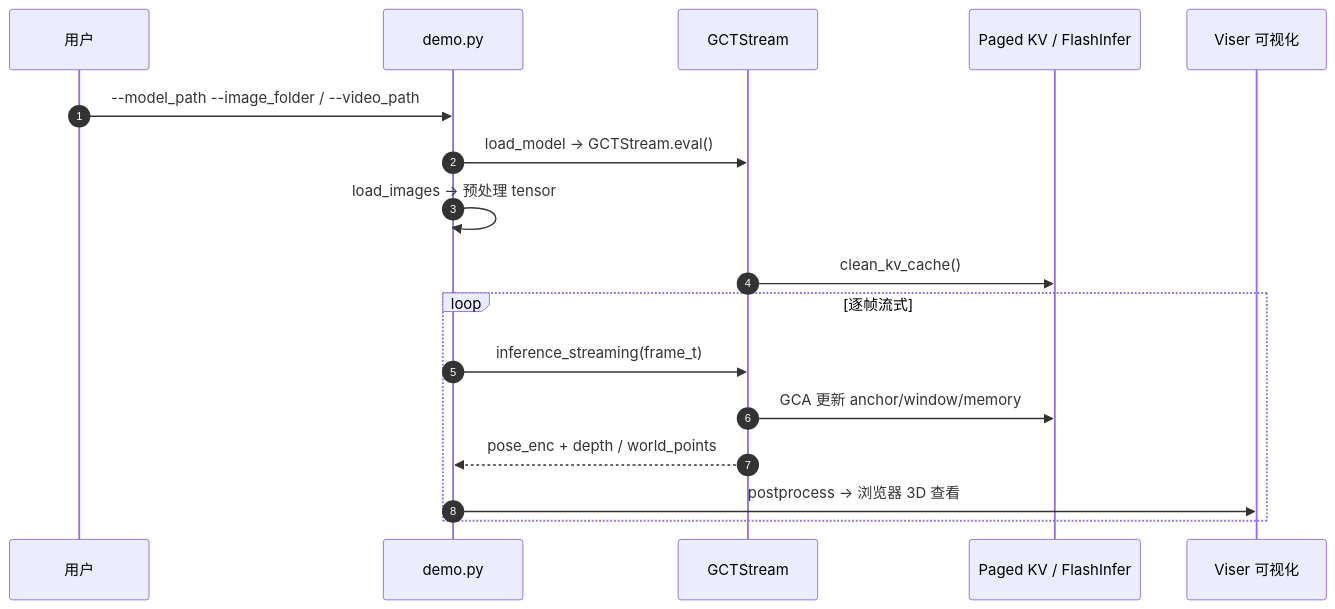
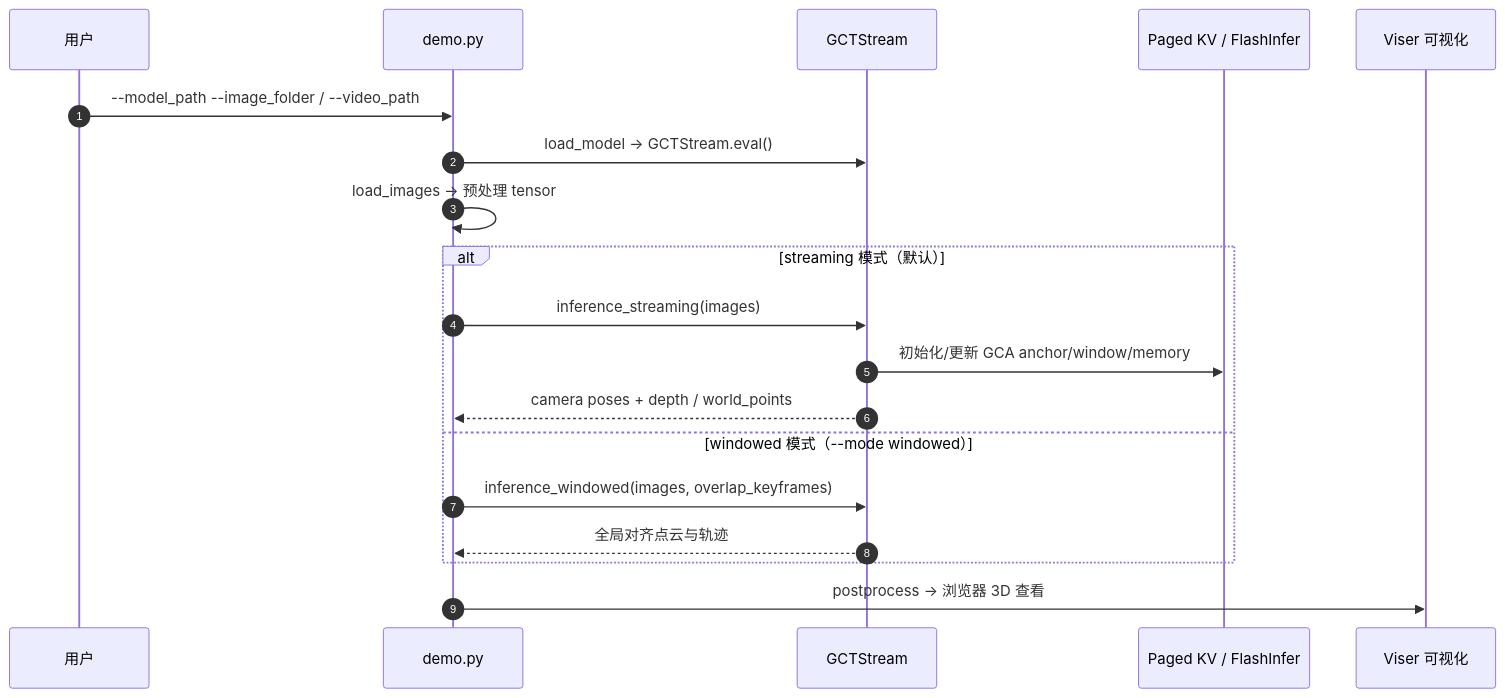
Before and after one commit to ImChong/Robotics_Notebooks: the second of 2 diagrams in wiki/entities/paper-lingbot-map.md, drawn with Mermaid. The commit also changed other lines of this file and 450 other files, not shown here.

Commit message:
[2026-11-22] ingest | sources/ & wiki/ — 补齐 33 家公司路线 165/167 节点一手原文通读、骨架与 Mermaid 图表至 3/3

````diff
--- a/wiki/entities/paper-lingbot-map.md
+++ b/wiki/entities/paper-lingbot-map.md
@@ -111,20 +116,22 @@
 ```mermaid
 sequenceDiagram
   autonumber
   participant U as 用户
   participant D as demo.py
   participant M as GCTStream
   participant KV as Paged KV / FlashInfer
   participant V as Viser 可视化
 
   U->>D: --model_path --image_folder / --video_path
   D->>M: load_model → GCTStream.eval()
   D->>D: load_images → 预处理 tensor
-  M->>KV: clean_kv_cache()
-  loop 逐帧流式
-    D->>M: inference_streaming(frame_t)
-    M->>KV: GCA 更新 anchor/window/memory
-    M-->>D: pose_enc + depth / world_points
-    D->>V: postprocess → 浏览器 3D 查看
+  alt streaming 模式（默认）
+    D->>M: inference_streaming(images)
+    M->>KV: 初始化/更新 GCA anchor/window/memory
+    M-->>D: camera poses + depth / world_points
+  else windowed 模式（--mode windowed）
+    D->>M: inference_windowed(images, overlap_keyframes)
+    M-->>D: 全局对齐点云与轨迹
   end
+  D->>V: postprocess → 浏览器 3D 查看
 ```
````
